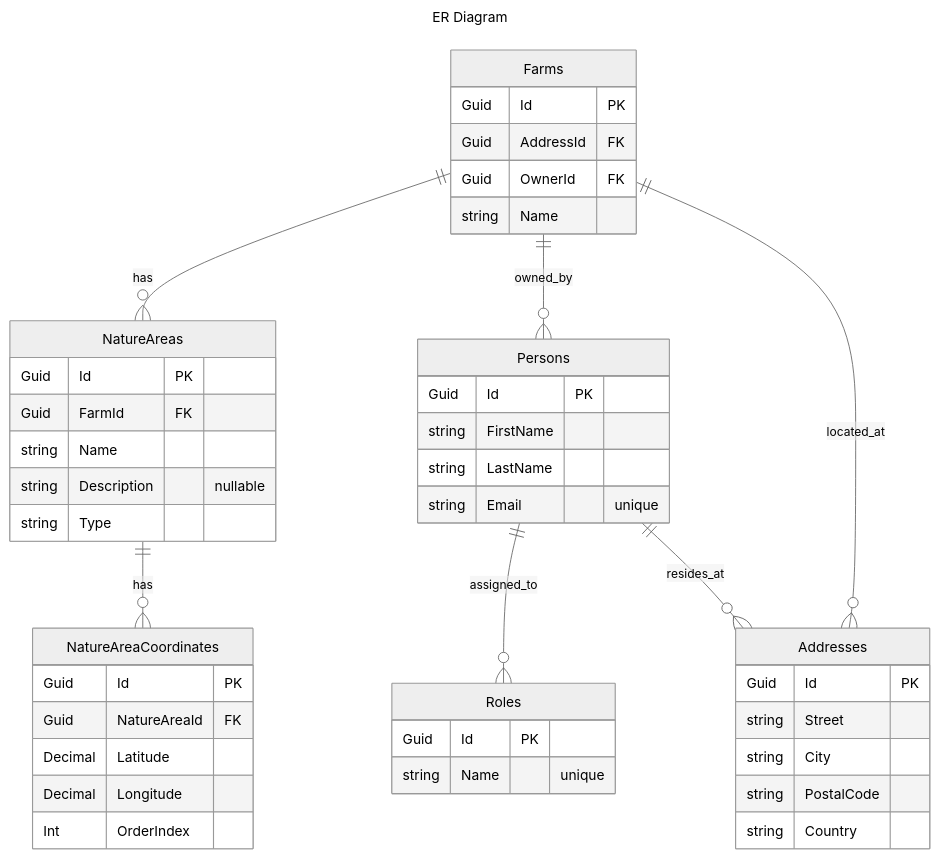
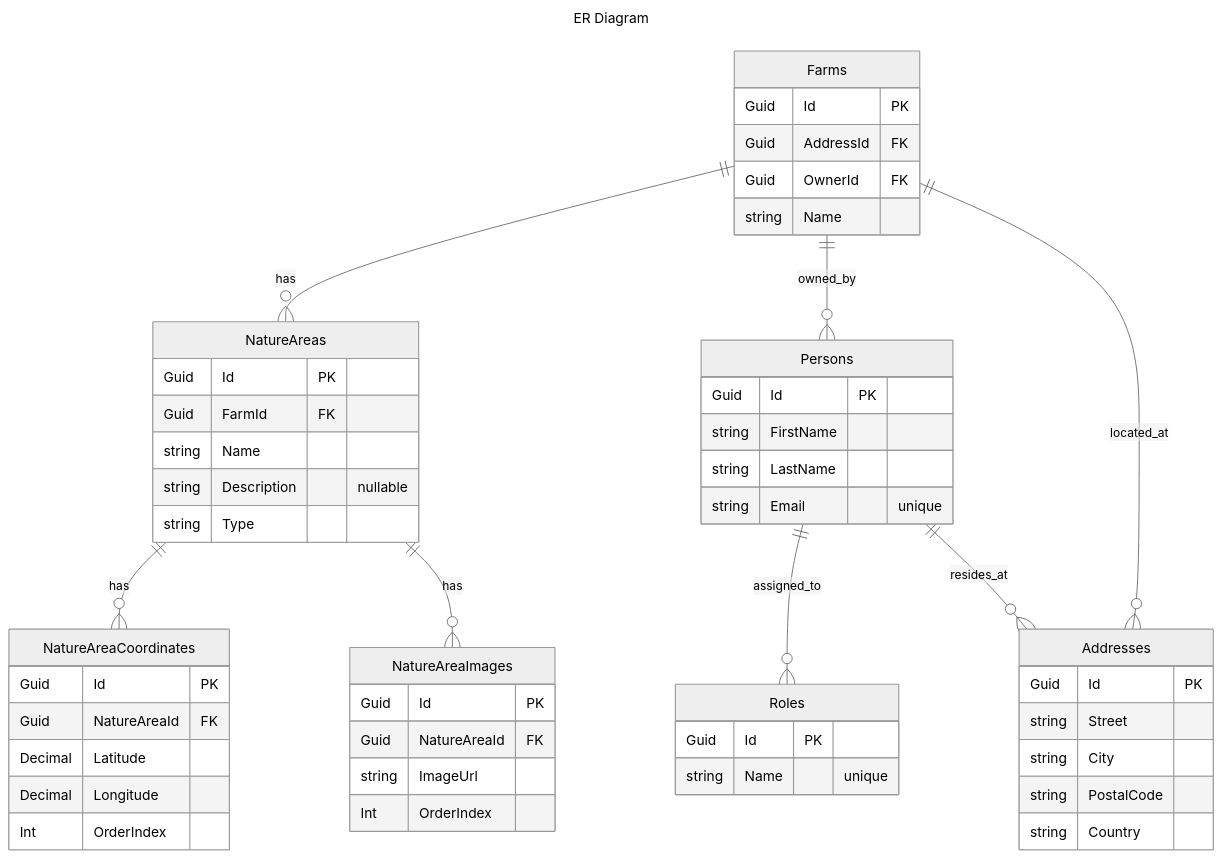
Before and after one commit to DMOoF25-TEAM11/ArlaNatureConnect: the diagram in docs/ER.md, drawn with Mermaid (neutral theme). The commit also changed 13 other files, not shown here.

Commit message:
Add NatureAreaImages

````diff
--- a/docs/ER.md
+++ b/docs/ER.md
@@ -3,56 +3,64 @@
 ```mermaid
 ---
   title: "ER Diagram"
 ---
 erDiagram
 
   Roles {
     Guid Id PK
     string Name "unique"
   }
 
   Addresses {
     Guid Id PK
     string Street
     string City
     string PostalCode
     string Country
   }
 
   Persons {
     Guid Id PK
     string FirstName
     string LastName
     string Email "unique"
   }
 
   Farms {
     Guid Id PK
     Guid AddressId FK
     Guid OwnerId FK
     string Name
   }
 
   NatureAreas {
     Guid Id PK
     Guid FarmId FK
     string Name
     string Description "nullable"
     string Type
   }
 
   NatureAreaCoordinates {
     Guid Id PK
     Guid NatureAreaId FK
     Decimal Latitude
     Decimal Longitude
     Int OrderIndex
   }
+
+  NatureAreaImages {
+    Guid Id PK
+    Guid NatureAreaId FK
+    string ImageUrl
+    Int OrderIndex
+  }
   
   Farms ||--o{ NatureAreas : has
   Farms ||--o{ Persons : owned_by
   Farms ||--o{ Addresses : located_at
   Persons ||--o{ Roles : assigned_to
   Persons ||--o{ Addresses : resides_at
   NatureAreas ||--o{ NatureAreaCoordinates : has
+  NatureAreas ||--o{ NatureAreaImages : has
 ```
````
